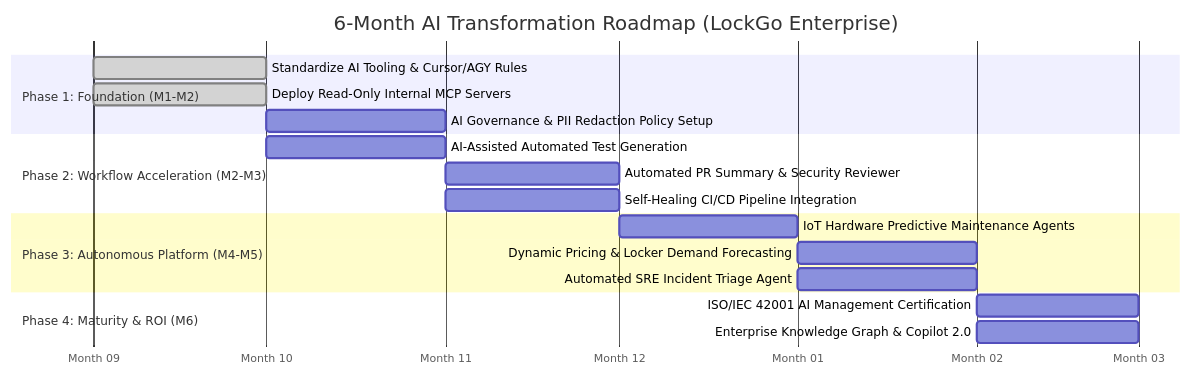
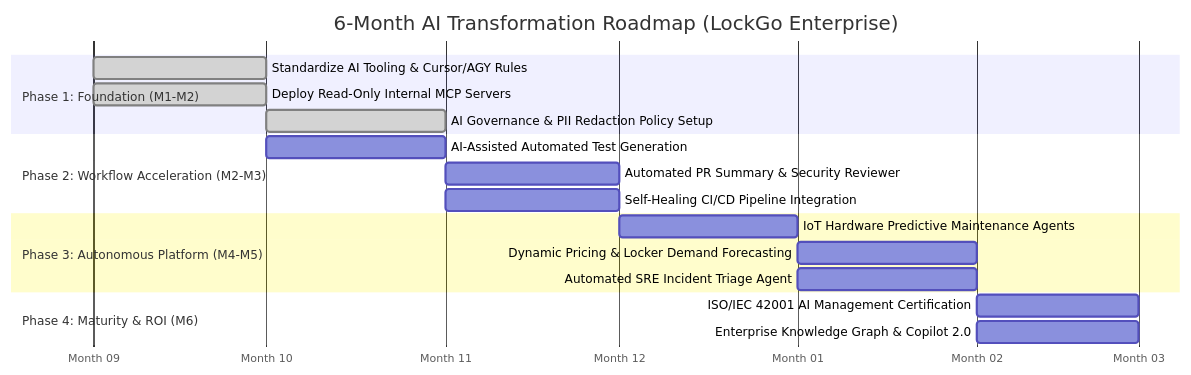
Before and after one commit to napaporn-s/lockgo-platform: the fourth of 4 diagrams in docs/06_AI_AGENT_MCP_AND_GOVERNANCE.md, drawn with Mermaid. The commit also changed other lines of this file and 12 other files, not shown here.

Commit message:
fix(compliance/architecture): สร้าง Real PII Masking Engine, เพิ่ม Topic 19 Tools Matrix, Playbook 7 Silent Drop และ AI Code Review Artifact (Topic 21)

````diff
--- a/docs/06_AI_AGENT_MCP_AND_GOVERNANCE.md
+++ b/docs/06_AI_AGENT_MCP_AND_GOVERNANCE.md
@@ -133,25 +170,25 @@
 ```mermaid
 gantt
     title 6-Month AI Transformation Roadmap (LockGo Enterprise)
     dateFormat  YYYY-MM
     axisFormat  Month %m
 
     section Phase 1: Foundation (M1-M2)
     Standardize AI Tooling & Cursor/AGY Rules    :done, p1_1, 2026-09, 2026-10
     Deploy Read-Only Internal MCP Servers        :done, p1_2, 2026-09, 2026-10
-    AI Governance & PII Redaction Policy Setup   :p1_3, 2026-10, 2026-11
+    AI Governance & PII Redaction Policy Setup   :done, p1_3, 2026-10, 2026-11
 
     section Phase 2: Workflow Acceleration (M2-M3)
     AI-Assisted Automated Test Generation        :p2_1, 2026-10, 2026-11
     Automated PR Summary & Security Reviewer     :p2_2, 2026-11, 2026-12
     Self-Healing CI/CD Pipeline Integration      :p2_3, 2026-11, 2026-12
 
     section Phase 3: Autonomous Platform (M4-M5)
     IoT Hardware Predictive Maintenance Agents   :p3_1, 2026-12, 2027-01
     Dynamic Pricing & Locker Demand Forecasting  :p3_2, 2027-01, 2027-02
     Automated SRE Incident Triage Agent          :p3_3, 2027-01, 2027-02
 
     section Phase 4: Maturity & ROI (M6)
     ISO/IEC 42001 AI Management Certification    :p4_1, 2027-02, 2027-03
     Enterprise Knowledge Graph & Copilot 2.0     :p4_2, 2027-02, 2027-03
 ```
````
